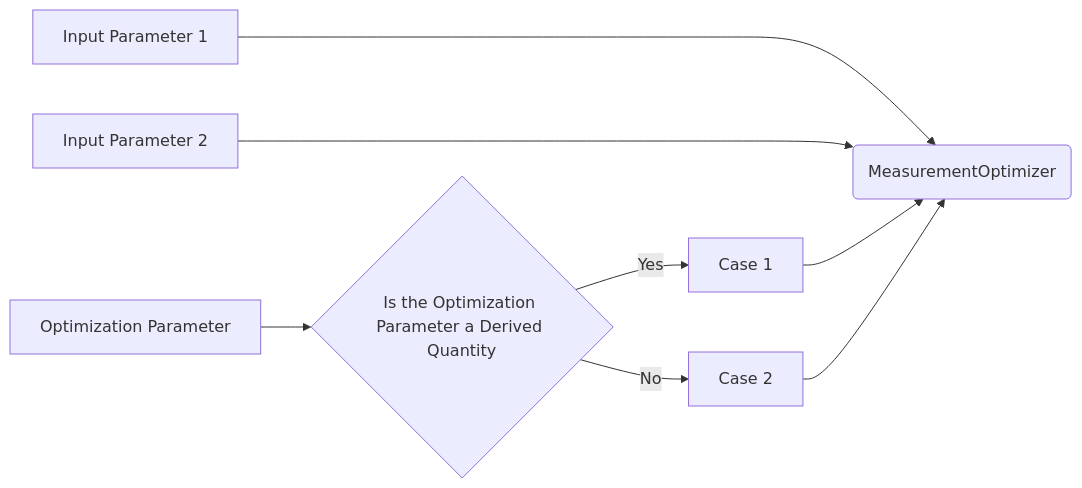
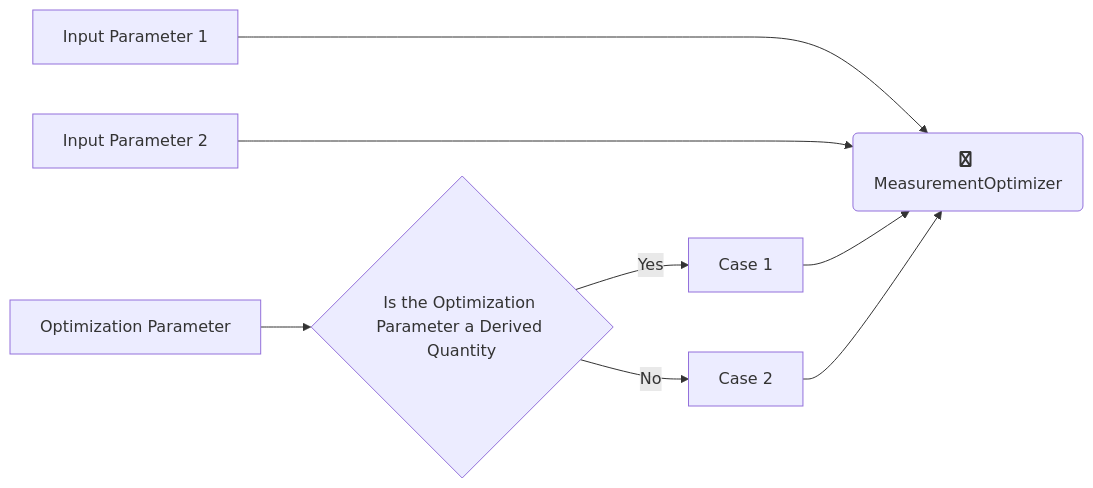
Before and after one commit to shanto268/two_parameter_optimization_labber_qic: the diagram in README.md, drawn with Mermaid.

Commit message:
readme icon

````diff
--- a/README.md
+++ b/README.md
@@ -8,10 +8,10 @@
 ```mermaid
 graph LR
-  A[Input Parameter 1] ----> B(MeasurementOptimizer);
-  C[Input Parameter 2] ----> B(MeasurementOptimizer);
+  A[Input Parameter 1] ----> B(fa:fa-python MeasurementOptimizer);
+  C[Input Parameter 2] ----> B(fa:fa-python MeasurementOptimizer);
   D[Optimization Parameter] --> E{Is the Optimization Parameter a Derived Quantity};
   E -->|Yes| F[Case 1];
   E -->|No| G[Case 2];
   F --> B;
   G --> B;
 ```
````
